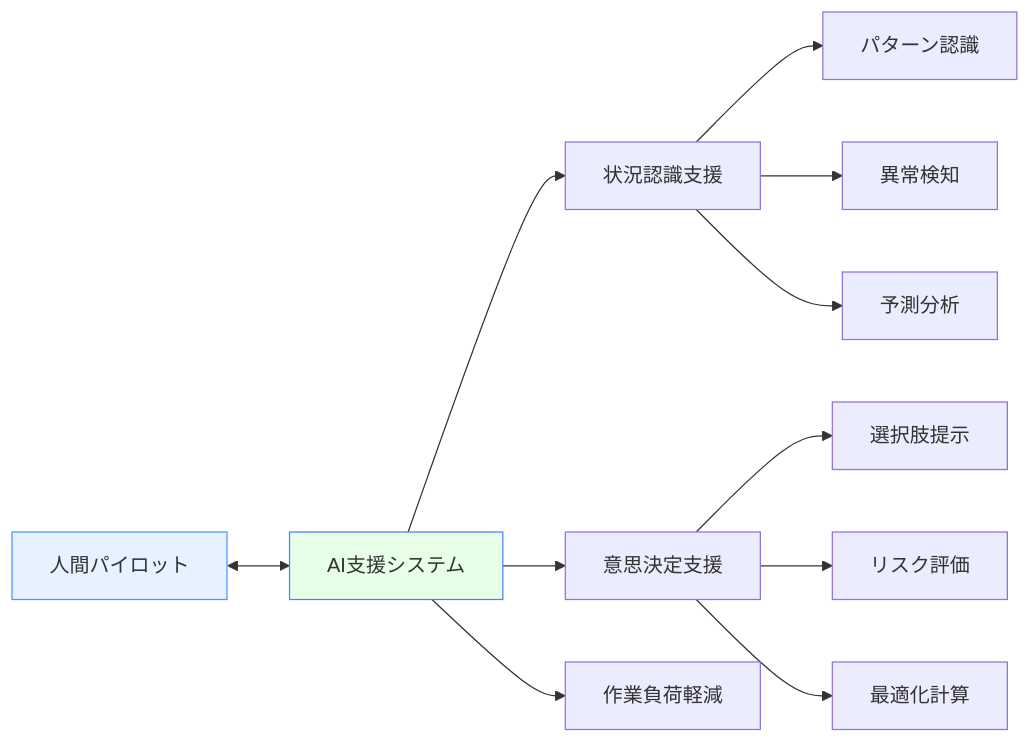
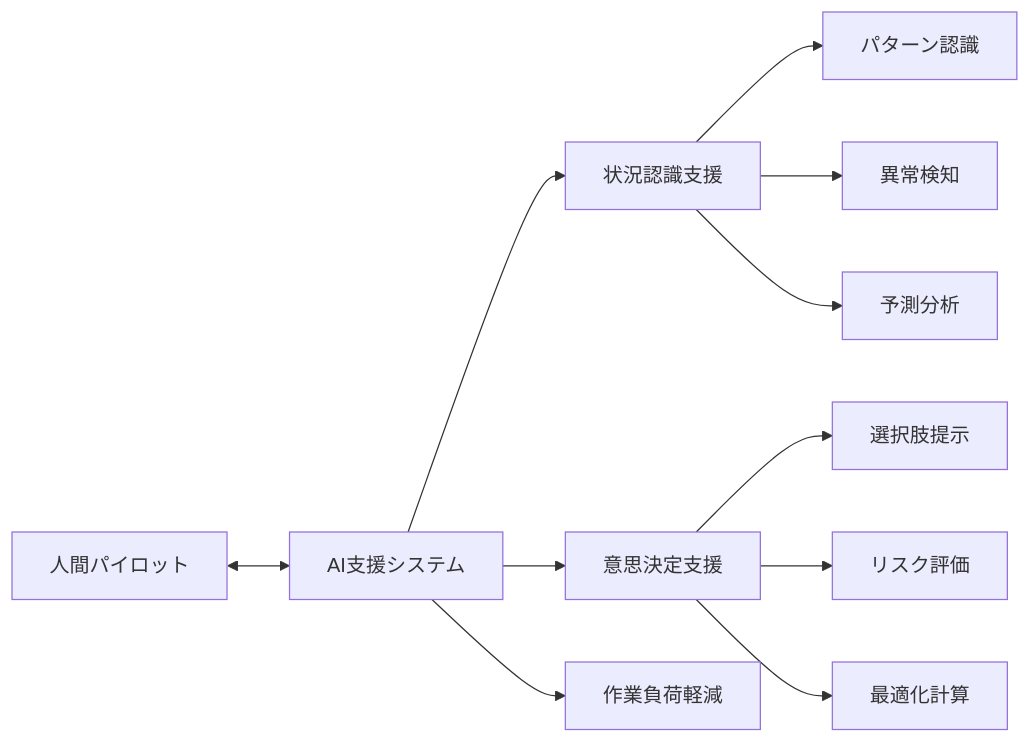
The sixth of 6 diagrams in docs/applications/aviation-sa.md (shuji-bonji/Situational-Awareness-and-Decision-Making), drawn with Mermaid before and after one commit. The commit also changed other lines of this file and 49 other files, not shown here.

Commit message:
fix: ダークモードで見づらい図の色の変更

````diff
--- a/docs/applications/aviation-sa.md
+++ b/docs/applications/aviation-sa.md
@@ -459,18 +454,18 @@
 ```mermaid
 graph LR
     A[人間パイロット] <--> B[AI支援システム]
     B --> C[状況認識支援]
     B --> D[意思決定支援]
     B --> E[作業負荷軽減]
     
     C --> F[パターン認識]
     C --> G[異常検知]
     C --> H[予測分析]
     
     D --> I[選択肢提示]
     D --> J[リスク評価]
     D --> K[最適化計算]
     
-    style A fill:#e6f2ff,stroke:#4d94ff
-    style B fill:#e6ffe6,stroke:#4d7fff
+
+
 ```
````
